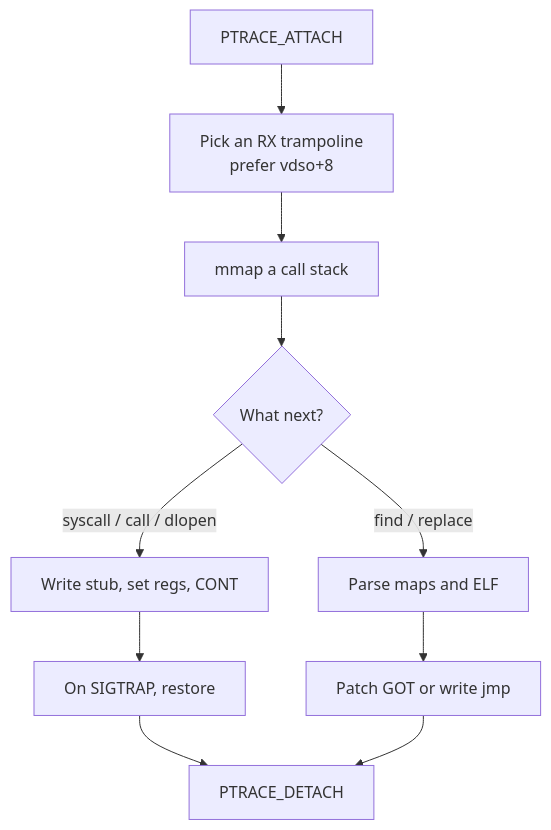
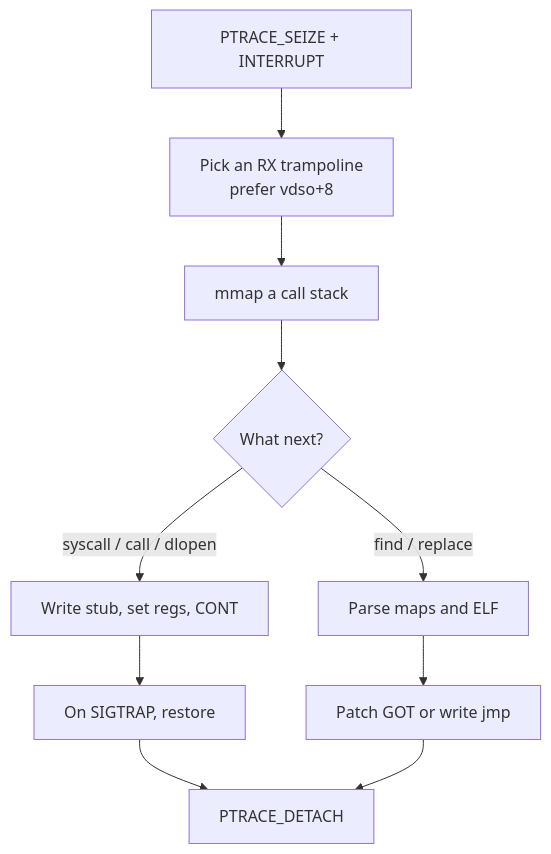
One commit to esrrhs/hookso changed the first of 3 diagrams in README.md. Above: the diagram before and after it, drawn with Mermaid. The commit also changed other lines of this file and 6 other files, not shown here.

````diff
--- a/README.md
+++ b/README.md
@@ -23,12 +23,12 @@
 ```mermaid
 flowchart TB
-  A[PTRACE_ATTACH] --> B[Pick an RX trampoline<br/>prefer vdso+8]
+  A[PTRACE_SEIZE + INTERRUPT] --> B[Pick an RX trampoline<br/>prefer vdso+8]
   B --> C[mmap a call stack]
   C --> D{What next?}
   D -->|syscall / call / dlopen| E[Write stub, set regs, CONT]
   D -->|find / replace| F[Parse maps and ELF]
   E --> G[On SIGTRAP, restore]
   F --> H[Patch GOT or write jmp]
   G --> I[PTRACE_DETACH]
   H --> I
 ```
````
